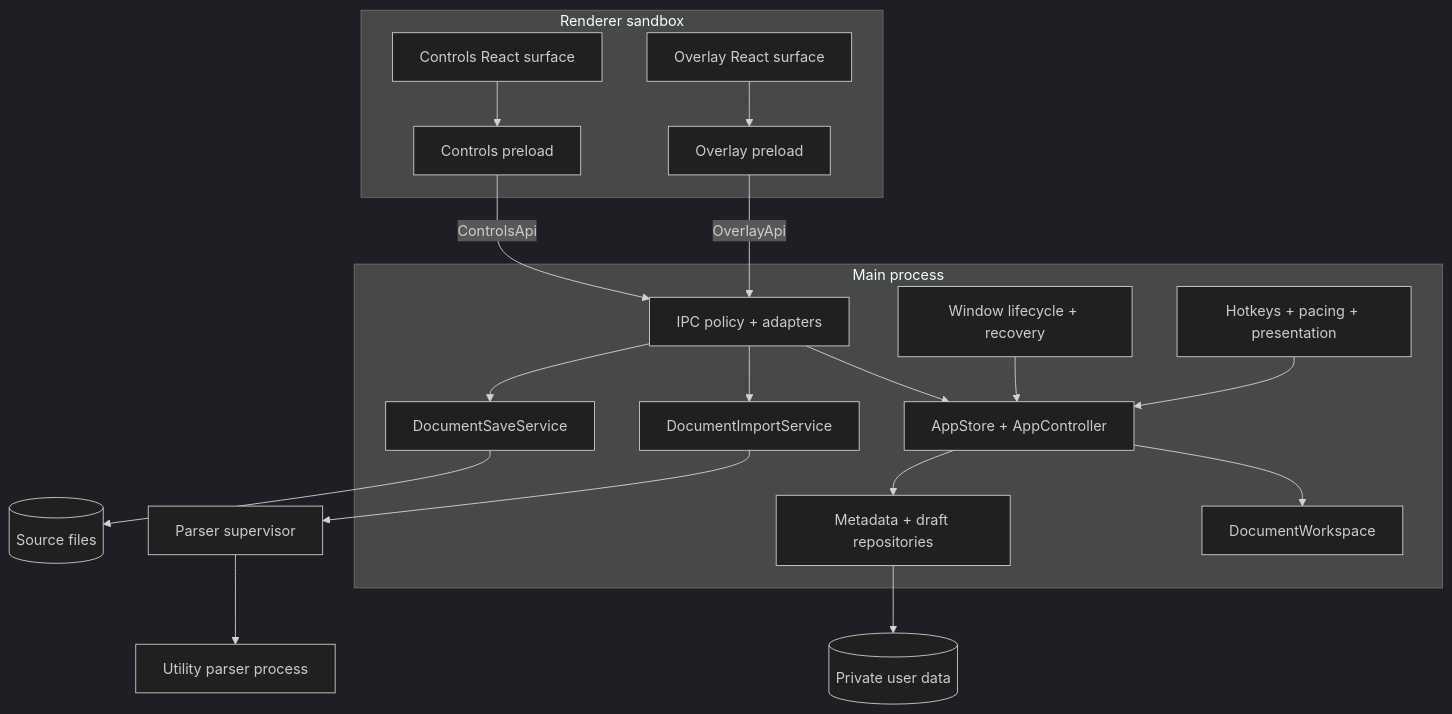
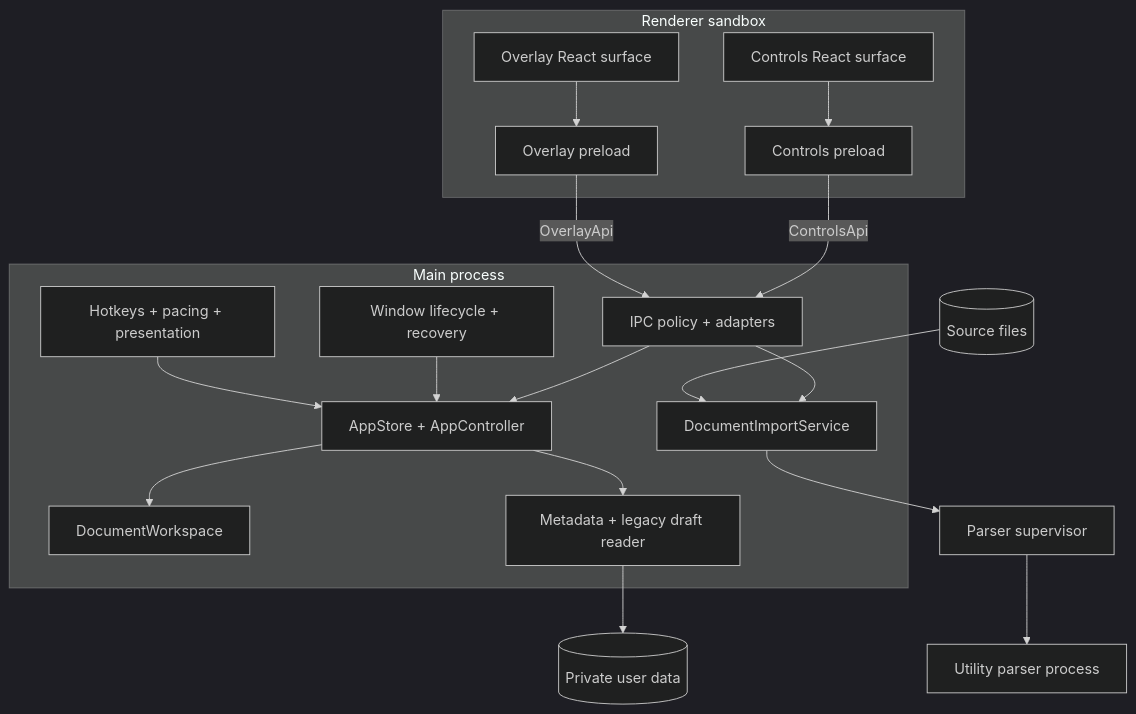
The first of 2 diagrams in docs/ARCHITECTURE.md (astoreyai/teleprompt), drawn with Mermaid (dark theme) before and after one commit. The commit also changed other lines of this file and 86 other files, not shown here.

````diff
--- a/docs/ARCHITECTURE.md
+++ b/docs/ARCHITECTURE.md
@@ -20,36 +20,34 @@
 ```mermaid
 flowchart TB
   subgraph Renderer sandbox
     C[Controls React surface]
     O[Overlay React surface]
     CP[Controls preload]
     OP[Overlay preload]
     C --> CP
     O --> OP
   end
 
   subgraph Main process
     IPC[IPC policy + adapters]
     APP[AppStore + AppController]
     WS[DocumentWorkspace]
     WIN[Window lifecycle + recovery]
     IMP[DocumentImportService]
-    SAVE[DocumentSaveService]
-    PERSIST[Metadata + draft repositories]
+    PERSIST[Metadata + legacy draft reader]
     INTEG[Hotkeys + pacing + presentation]
     APP --> WS
     IPC --> APP
     IPC --> IMP
-    IPC --> SAVE
     APP --> PERSIST
     WIN --> APP
     INTEG --> APP
   end
 
   CP -->|ControlsApi| IPC
   OP -->|OverlayApi| IPC
   IMP --> SUP[Parser supervisor]
   SUP --> UTIL[Utility parser process]
-  SAVE --> FS[(Source files)]
+  FS[(Source files)] --> IMP
   PERSIST --> LOCAL[(Private user data)]
 ```
````
